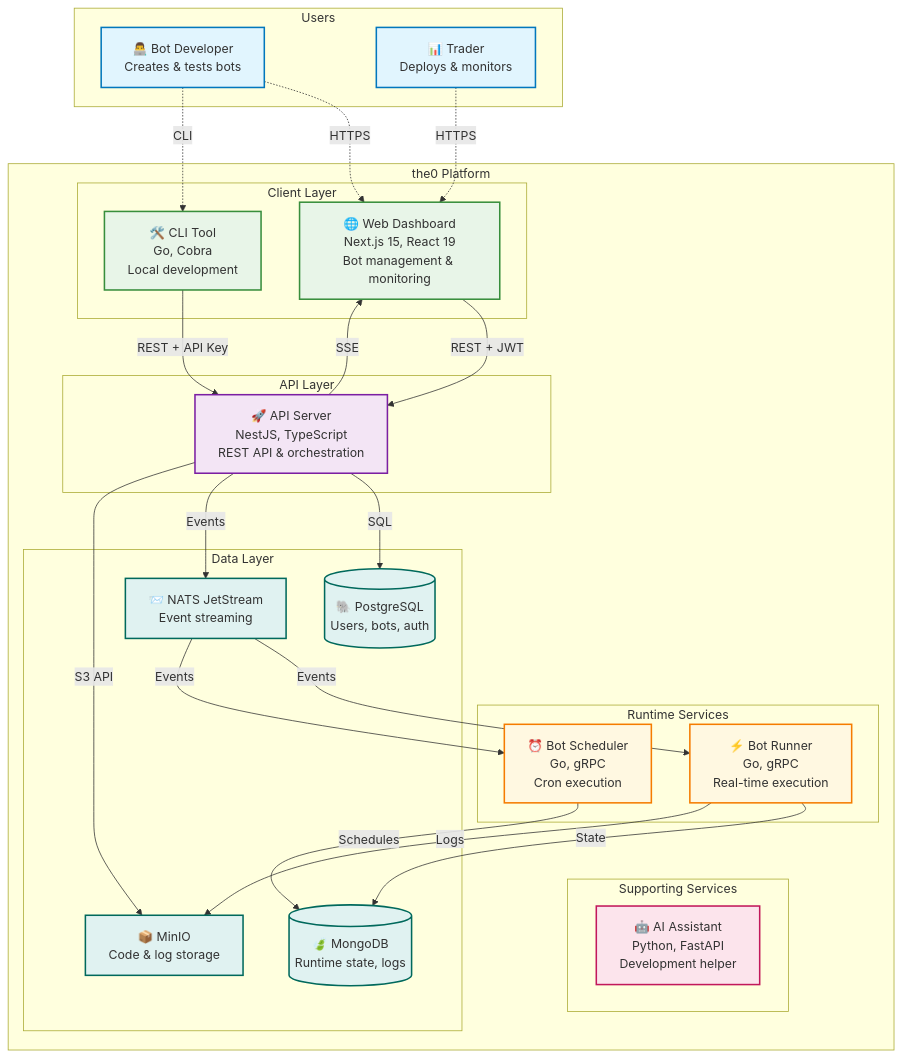
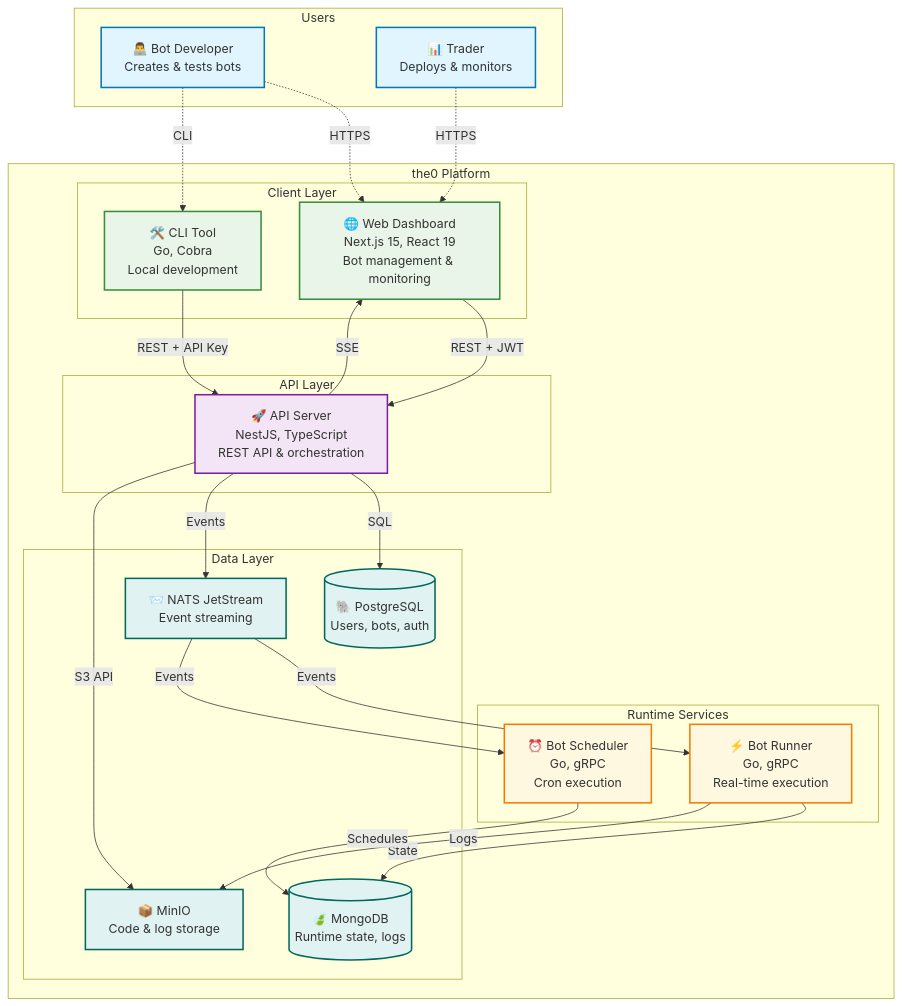
One commit to alexanderwanyoike/the0 changed the diagram in README.md. Above: the diagram before and after it, drawn with Mermaid. The commit also changed 135 other files, not shown here.

````diff
--- a/README.md
+++ b/README.md
@@ -141,73 +141,67 @@
 ```mermaid
 graph TB
     subgraph "Users"
         DEV[👨‍💻 Bot Developer<br/>Creates & tests bots]
         TRADER[📊 Trader<br/>Deploys & monitors]
     end
     
     subgraph "the0 Platform"
         subgraph "Client Layer"
             WEB[🌐 Web Dashboard<br/>Next.js 15, React 19<br/>Bot management & monitoring]
             CLI[🛠️ CLI Tool<br/>Go, Cobra<br/>Local development]
         end
         
         subgraph "API Layer"
             API[🚀 API Server<br/>NestJS, TypeScript<br/>REST API & orchestration]
         end
         
         subgraph "Runtime Services"
             BR[⚡ Bot Runner<br/>Go, gRPC<br/>Real-time execution]
             BS[⏰ Bot Scheduler<br/>Go, gRPC<br/>Cron execution]
         end
-        
-        subgraph "Supporting Services"
-            AI[🤖 AI Assistant<br/>Python, FastAPI<br/>Development helper]
-        end
-        
+
         subgraph "Data Layer"
             PG[(🐘 PostgreSQL<br/>Users, bots, auth)]
             MONGO[(🍃 MongoDB<br/>Runtime state, logs)]
             NATS[📨 NATS JetStream<br/>Event streaming]
             MINIO[📦 MinIO<br/>Code & log storage]
         end
     end
     
     %% User interactions
     DEV -.->|HTTPS| WEB
     DEV -.->|CLI| CLI
     TRADER -.->|HTTPS| WEB
     
     %% Client to API
     WEB -->|REST + JWT| API
     CLI -->|REST + API Key| API
     API -->|SSE| WEB
     
     %% API to databases
     API -->|SQL| PG
     API -->|Events| NATS
     API -->|S3 API| MINIO
     
     %% Runtime services
     NATS -->|Events| BR
     NATS -->|Events| BS
 
     BR -->|State| MONGO
     BS -->|Schedules| MONGO
 
     BR -->|Logs| MINIO
     
     %% Styling
     classDef userClass fill:#e1f5fe,stroke:#0277bd,stroke-width:2px
     classDef clientClass fill:#e8f5e8,stroke:#388e3c,stroke-width:2px
     classDef apiClass fill:#f3e5f5,stroke:#7b1fa2,stroke-width:2px
     classDef runtimeClass fill:#fff8e1,stroke:#f57c00,stroke-width:2px
-    classDef serviceClass fill:#fce4ec,stroke:#c2185b,stroke-width:2px
     classDef dataClass fill:#e0f2f1,stroke:#00695c,stroke-width:2px
-    
+
     class DEV,TRADER userClass
     class WEB,CLI clientClass
     class API apiClass
     class BR,BS runtimeClass
-    class AI serviceClass
     class PG,MONGO,NATS,MINIO dataClass
 ```
````
